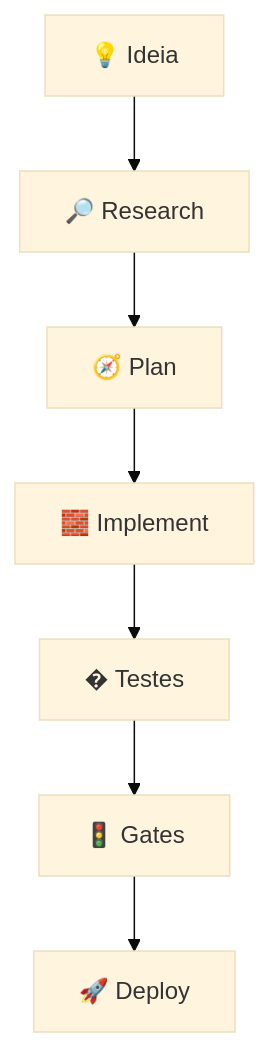
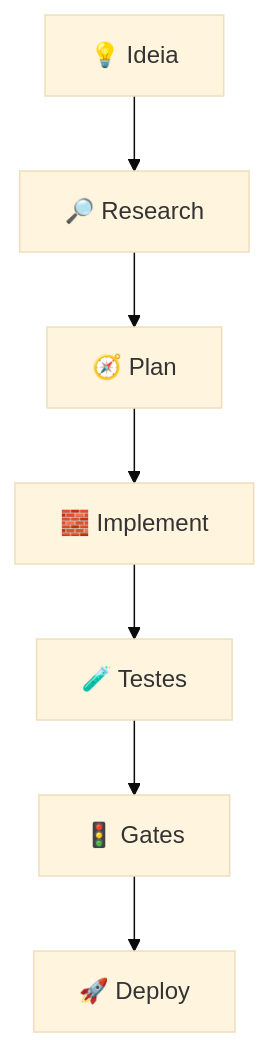
The diagram in README.md (guilhermedemorais-dev/context-engineering-factory), drawn with Mermaid (base theme) before and after one commit. The commit also changed other lines of this file and 35 other files, not shown here.

````diff
--- a/README.md
+++ b/README.md
@@ -35,9 +41,9 @@
 ```mermaid
 flowchart TD
     A[💡 Ideia] --> B[🔎 Research]
     B --> C[🧭 Plan]
     C --> D[🧱 Implement]
-    D --> E[� Testes]
+    D --> E[🧪 Testes]
     E --> F[🚦 Gates]
     F --> G[🚀 Deploy]
 ```
````
